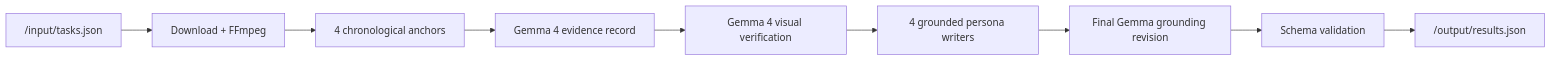
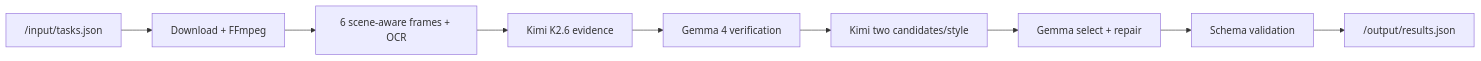
Before and after one commit to tuancookiez-hub/ClioGemma: the diagram in docs/PPT_SLIDE_BRIEF.md, drawn with Mermaid. The commit also changed other lines of this file and 12 other files, not shown here.

Commit message:
Add score-max Kimi Gemma ensemble release

````diff
--- a/docs/PPT_SLIDE_BRIEF.md
+++ b/docs/PPT_SLIDE_BRIEF.md
@@ -45,11 +45,11 @@
 ```mermaid
 flowchart LR
     A["/input/tasks.json"] --> B["Download + FFmpeg"]
-    B --> C["4 chronological anchors"]
-    C --> D["Gemma 4 evidence record"]
-    D --> E["Gemma 4 visual verification"]
-    E --> F["4 grounded persona writers"]
-    F --> G["Final Gemma grounding revision"]
+    B --> C["6 scene-aware frames + OCR"]
+    C --> D["Kimi K2.6 evidence"]
+    D --> E["Gemma 4 verification"]
+    E --> F["Kimi two candidates/style"]
+    F --> G["Gemma select + repair"]
     G --> H["Schema validation"]
     H --> I["/output/results.json"]
 ```
````
